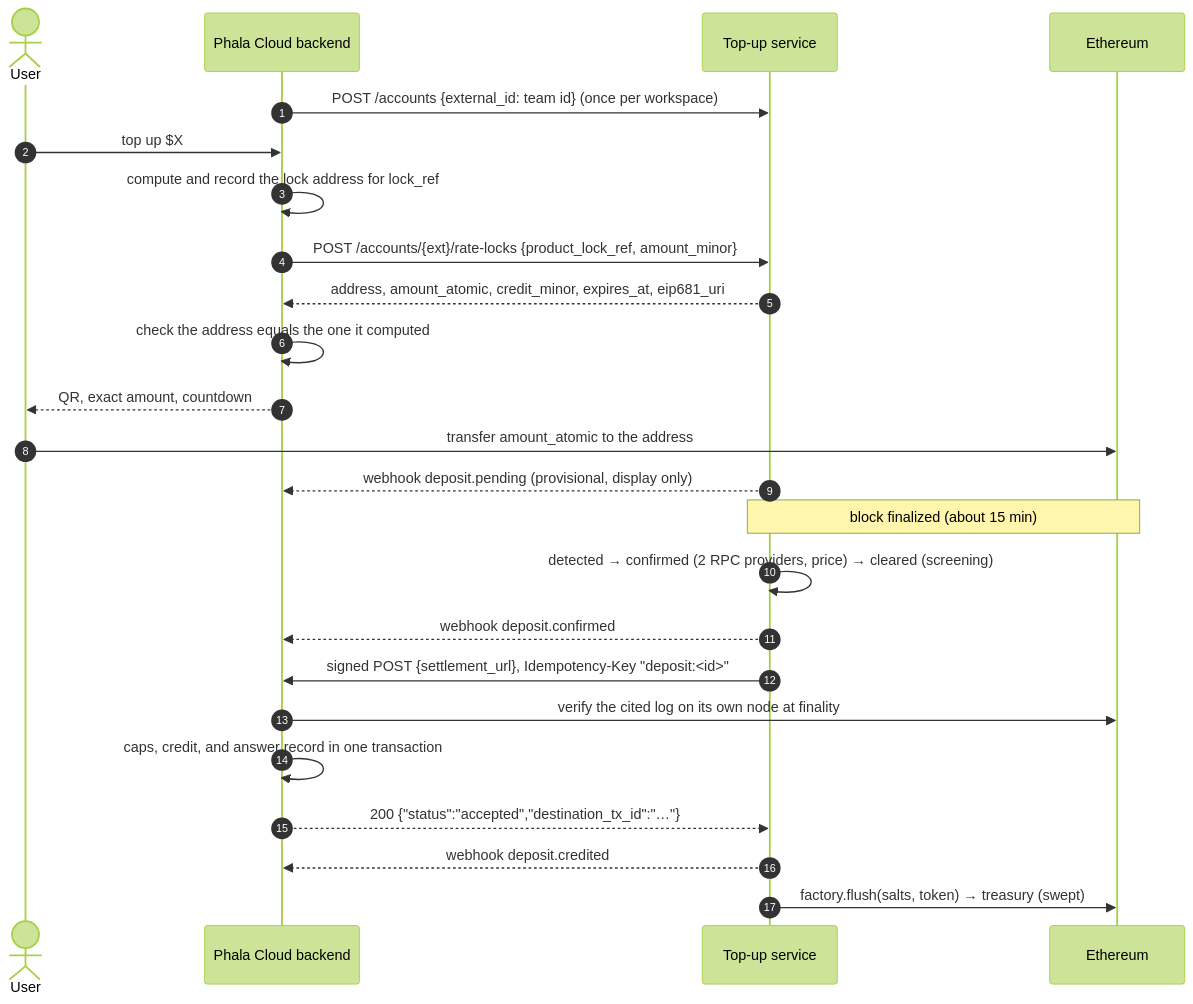
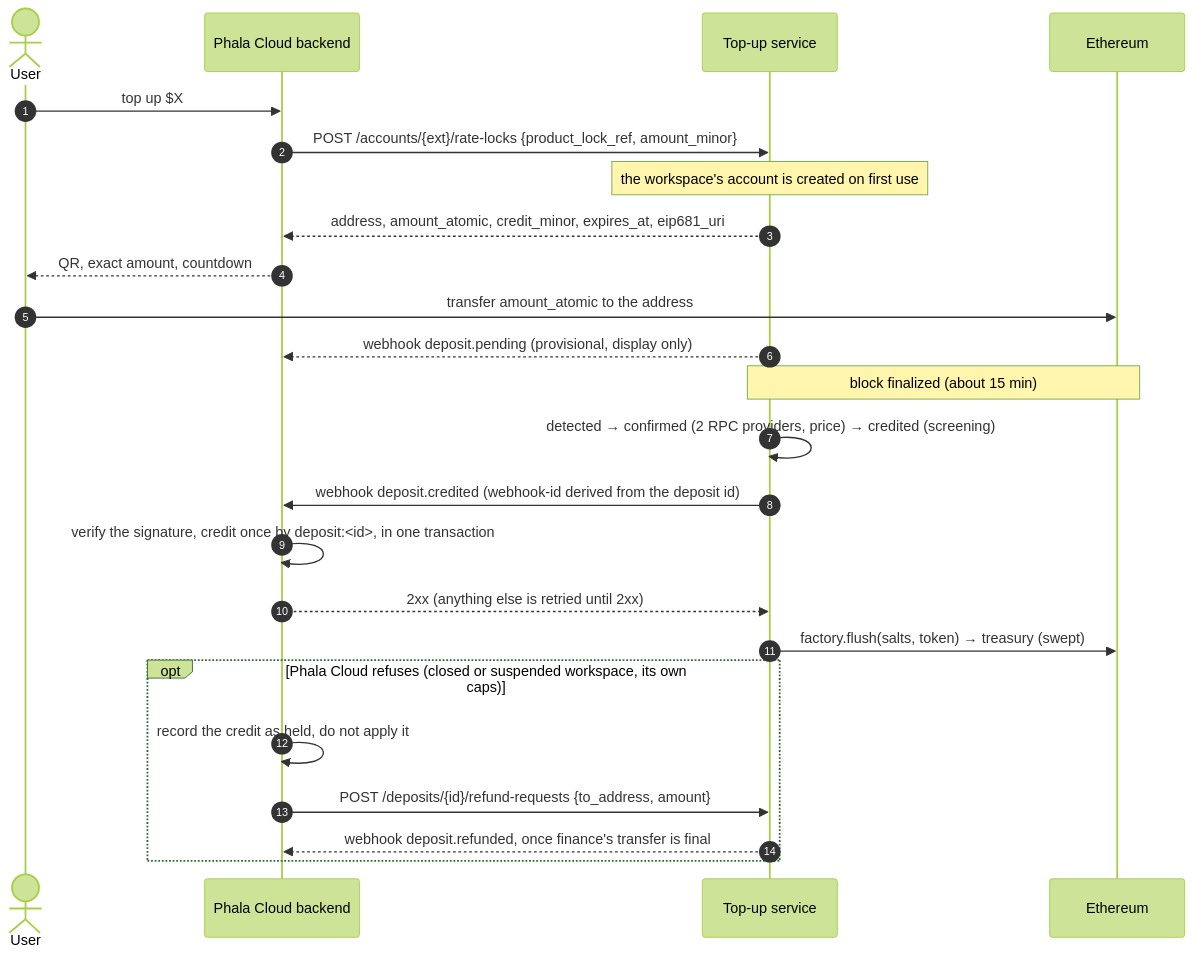
The diagram in docs/integration.md (Phala-Network/crypto-topup-service), drawn with Mermaid (forest theme) before and after one commit. The commit also changed other lines of this file and 7 other files, not shown here.

First line of the commit message:
docs: fold the fulfillment design into the architecture and integration guide (#149)

````diff
--- a/docs/integration.md
+++ b/docs/integration.md
@@ -28,26 +31,26 @@
 ```mermaid
 sequenceDiagram
     autonumber
     actor User
     participant PC as Phala Cloud backend
     participant S as Top-up service
     participant ETH as Ethereum
-    PC->>S: POST /accounts {external_id: team id} (once per workspace)
     User->>PC: top up $X
-    PC->>PC: compute and record the lock address for lock_ref
     PC->>S: POST /accounts/{ext}/rate-locks {product_lock_ref, amount_minor}
+    Note over S: the workspace's account is created on first use
     S-->>PC: address, amount_atomic, credit_minor, expires_at, eip681_uri
-    PC->>PC: check the address equals the one it computed
     PC-->>User: QR, exact amount, countdown
     User->>ETH: transfer amount_atomic to the address
     S-->>PC: webhook deposit.pending (provisional, display only)
     Note over S,ETH: block finalized (about 15 min)
-    S->>S: detected → confirmed (2 RPC providers, price) → cleared (screening)
-    S-->>PC: webhook deposit.confirmed
-    S->>PC: signed POST {settlement_url}, Idempotency-Key "deposit:<id>"
-    PC->>ETH: verify the cited log on its own node at finality
-    PC->>PC: caps, credit, and answer record in one transaction
-    PC-->>S: 200 {"status":"accepted","destination_tx_id":"…"}
-    S-->>PC: webhook deposit.credited
+    S->>S: detected → confirmed (2 RPC providers, price) → credited (screening)
+    S->>PC: webhook deposit.credited (webhook-id derived from the deposit id)
+    PC->>PC: verify the signature, credit once by deposit:<id>, in one transaction
+    PC-->>S: 2xx (anything else is retried until 2xx)
     S->>ETH: factory.flush(salts, token) → treasury (swept)
+    opt Phala Cloud refuses (closed or suspended workspace, its own caps)
+        PC->>PC: record the credit as held, do not apply it
+        PC->>S: POST /deposits/{id}/refund-requests {to_address, amount}
+        S-->>PC: webhook deposit.refunded, once finance's transfer is final
+    end
 ```
````
